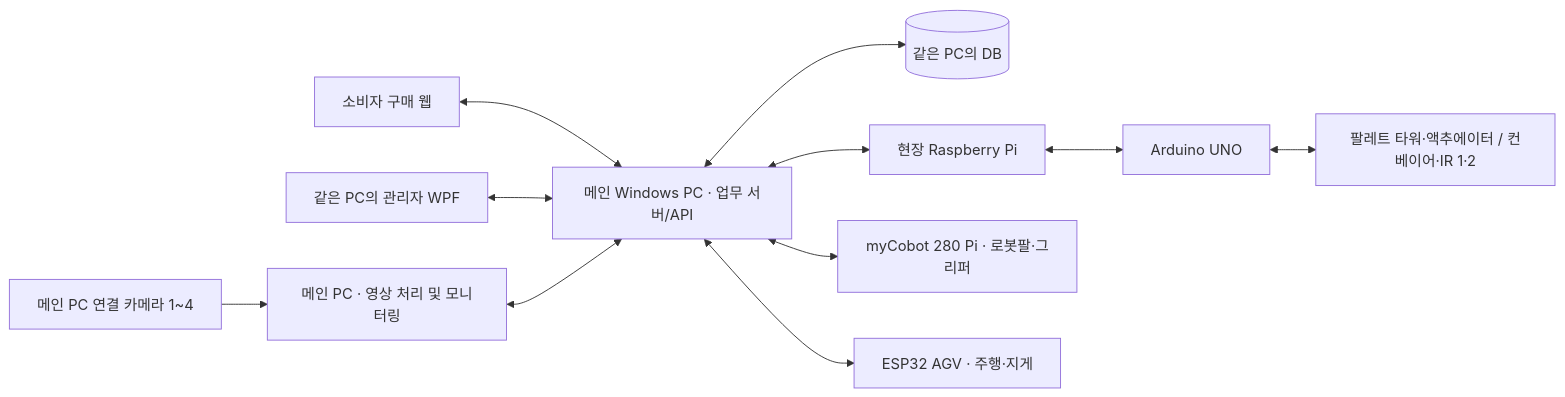
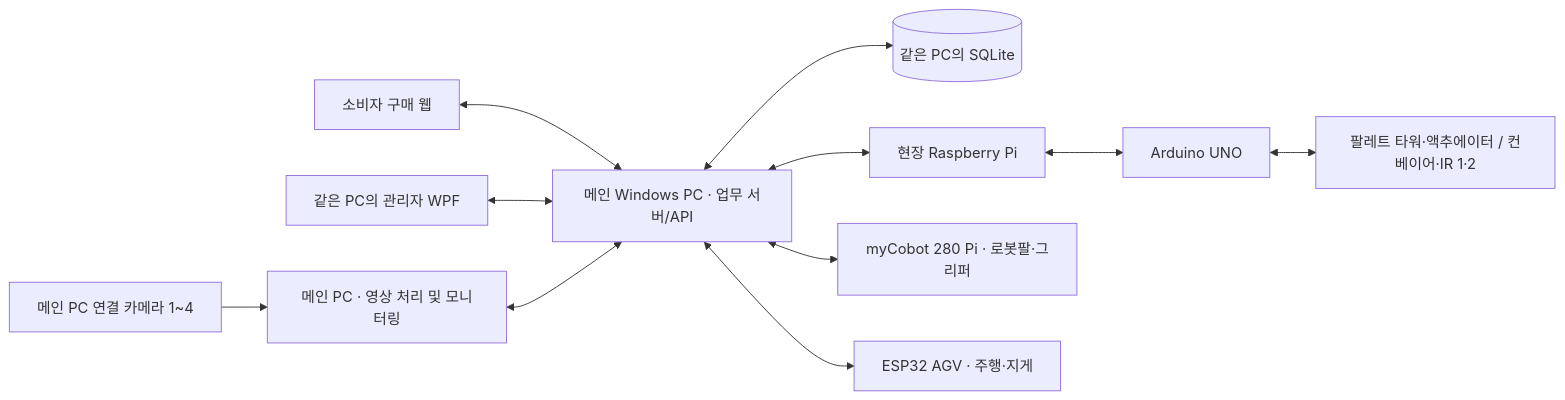
Before and after one commit to Esp3ra/2026-Moble-3rd-Team-Project: the diagram in docs/HARDWARE_WORKFLOW.md, drawn with Mermaid. The commit also changed other lines of this file and 5 other files, not shown here.

````diff
--- a/docs/HARDWARE_WORKFLOW.md
+++ b/docs/HARDWARE_WORKFLOW.md
@@ -9,13 +7,13 @@
 ```mermaid
 flowchart LR
     WEB["소비자 구매 웹"] <--> API["메인 Windows PC · 업무 서버/API"]
     WPF["같은 PC의 관리자 WPF"] <--> API
-    API <--> DB[("같은 PC의 DB")]
+    API <--> DB[("같은 PC의 SQLite")]
     API <--> PI["현장 Raspberry Pi"]
     PI <--> UNO["Arduino UNO"]
     UNO <--> LINE["팔레트 타워·액추에이터 / 컨베이어·IR 1·2"]
     API <--> ARM["myCobot 280 Pi · 로봇팔·그리퍼"]
     API <--> AGV["ESP32 AGV · 주행·지게"]
     CAM["메인 PC 연결 카메라 1~4"] --> PCV["메인 PC · 영상 처리 및 모니터링"]
     PCV <--> API
 ```
````
